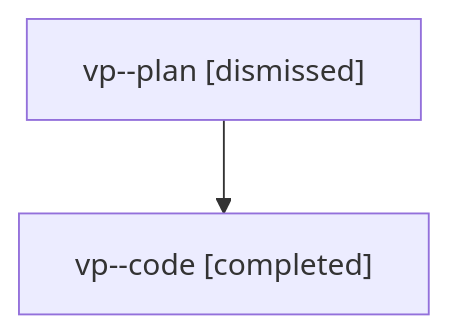
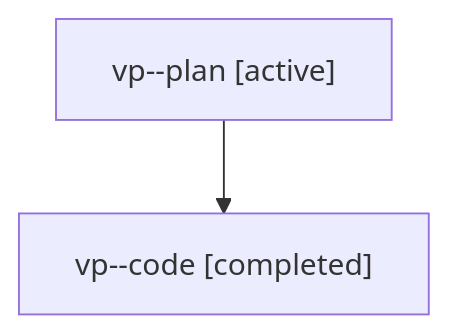
One commit to sase-org/sase--agents changed the diagram in families/bbugyi200.athena.vp.md. Above: the diagram before and after it, drawn with Mermaid. The commit also changed other lines of this file and 35830 other files, not shown here.

````diff
--- a/families/bbugyi200.athena.vp.md
+++ b/families/bbugyi200.athena.vp.md
@@ -9,6 +9,6 @@
 ```mermaid
 flowchart TD
-  n0["vp--plan [dismissed]"]
+  n0["vp--plan [active]"]
   n1["vp--code [completed]"]
   n0 --> n1
 ```
````
